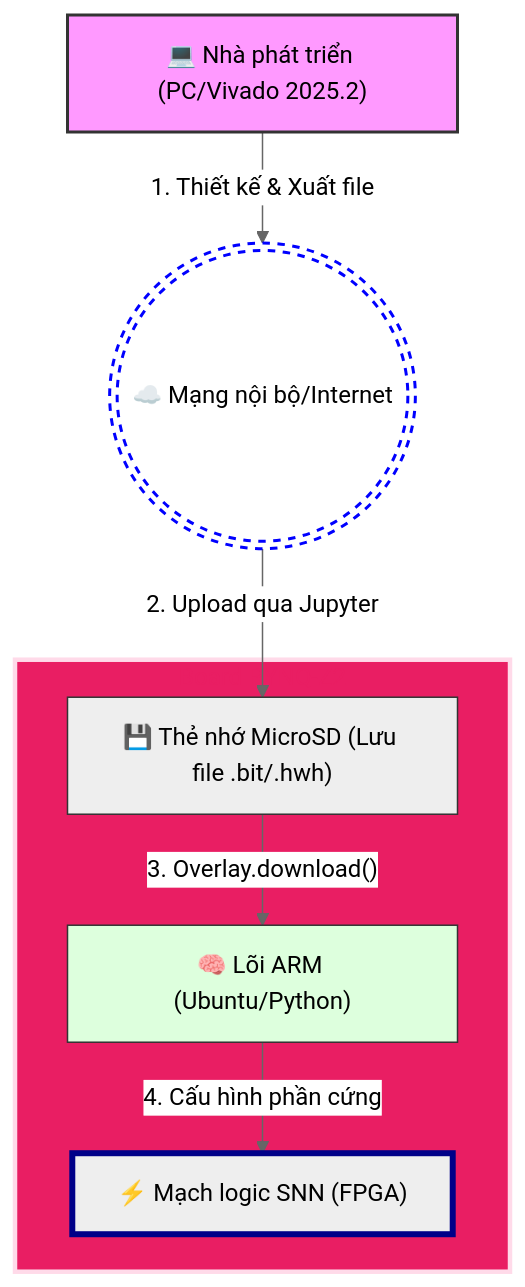
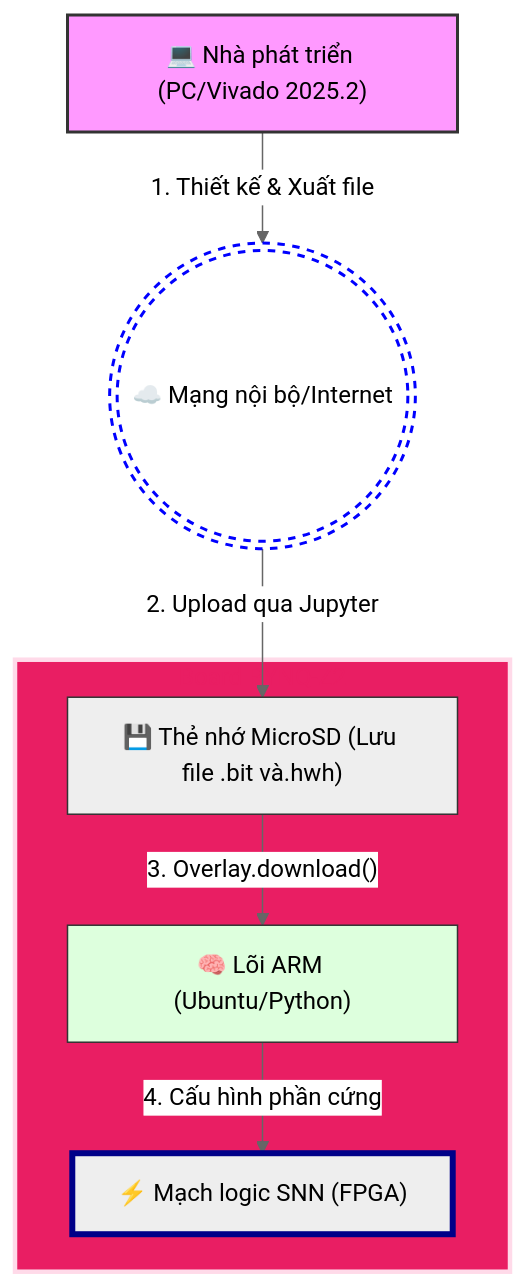
Before and after one commit to neittien0110/FPGA-DevKits: the first of 2 diagrams in TUL_PYNQ-Z2.md, drawn with Mermaid (neutral theme). The commit also changed other lines of this file and 3 other files, not shown here.

````diff
--- a/TUL_PYNQ-Z2.md
+++ b/TUL_PYNQ-Z2.md
@@ -38,34 +40,34 @@
 ```mermaid
 graph TD
     %% Định nghĩa các thực thể
     PC["💻 Nhà phát triển (PC/Vivado 2025.2)"]
     
     %% Sử dụng hình đám mây cho Mạng
     Net(((☁️ Mạng nội bộ/Internet)))
     
-    SD["💾 Thẻ nhớ MicroSD (Lưu file .bit/.hwh)"]
+    SD["💾 Thẻ nhớ MicroSD (Lưu file .bit và.hwh)"]
     CPU["🧠 Lõi ARM (Ubuntu/Python)"]
     FPGA["⚡ Mạch logic SNN (FPGA)"]
 
     %% Luồng đi của dữ liệu
     PC -- "1. Thiết kế & Xuất file" --> Net
     Net -- "2. Upload qua Jupyter" --> SD
     
     %% Định nghĩa Subgraph và tô màu
     subgraph Board ["Board PYNQ-Z2"]
         SD -- "3. Overlay.download()" --> CPU
         CPU -- "4. Cấu hình phần cứng" --> FPGA
     end
 
     %% Tùy chỉnh màu sắc
     style PC fill:#f9f,stroke:#333,stroke-width:2px
     style Net fill:#fff,stroke:#00f,stroke-width:2px,stroke-dasharray: 5 5
     
     %% Tô màu hồng cho subgraph Board
     %% #ffdae9 là màu hồng nhạt, #e91e63 là màu hồng đậm đặc trưng của PYNQ
     style Board fill:#e91e63,stroke:#ffdae9,stroke-width:3px,color:#e91e63
     
     style FPGA fill:5aff,stroke:#008,stroke-width:4px
     style CPU fill:#dfd,stroke:#333
     style SD fill:#eee,stroke:#333
 ```
````
